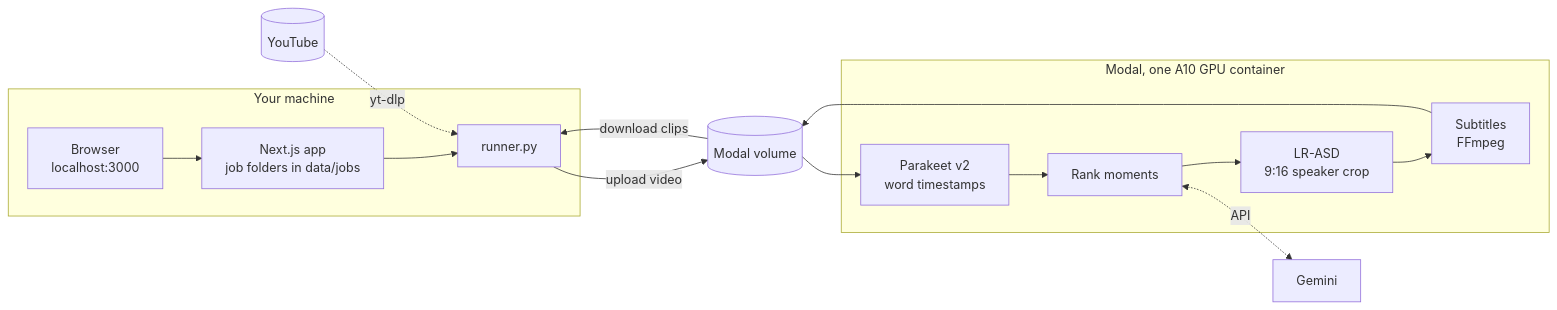
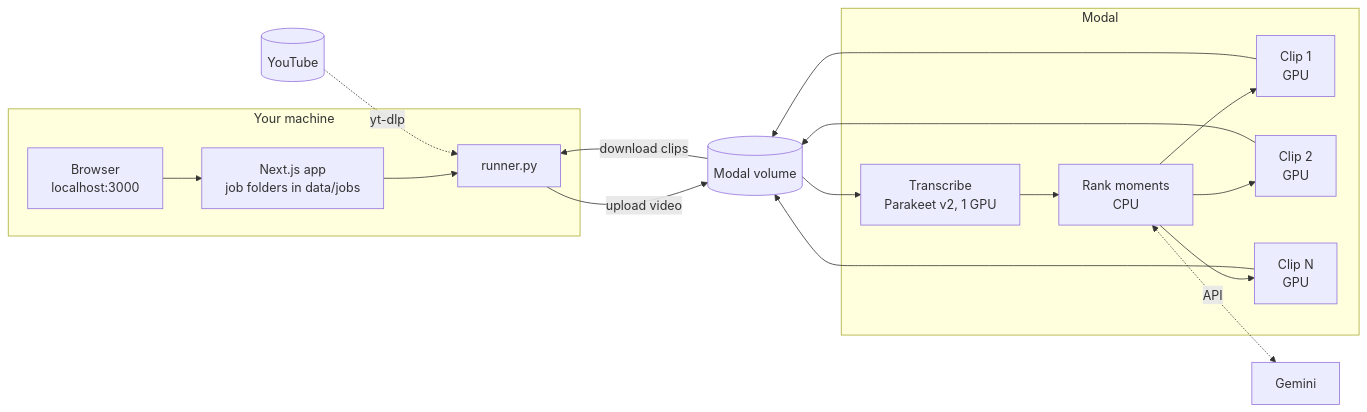
One commit to Akash-Sakala/ai-podcast-clipper changed the diagram in README.md. Above: the diagram before and after it, drawn with Mermaid. The commit also changed other lines of this file and 18 other files, not shown here.

First line of the commit message:
feat(backend): parallel clip rendering, steady speaker crop and flash-frame removal

````diff
--- a/README.md
+++ b/README.md
@@ -21,21 +22,22 @@
 ```mermaid
 flowchart LR
     subgraph laptop["Your machine"]
         ui["Browser<br/>localhost:3000"] --> app["Next.js app<br/>job folders in data/jobs"]
         app --> runner["runner.py"]
     end
 
     yt[("YouTube")] -. "yt-dlp" .-> runner
     runner -- "upload video" --> vol[("Modal volume")]
 
-    subgraph gpu["Modal, one A10 GPU container"]
-        asr["Parakeet v2<br/>word timestamps"] --> rank["Rank moments"]
-        rank --> crop["LR-ASD<br/>9:16 speaker crop"]
-        crop --> subs["Subtitles<br/>FFmpeg"]
+    subgraph modal["Modal"]
+        asr["Transcribe<br/>Parakeet v2, 1 GPU"] --> rank["Rank moments<br/>CPU"]
+        rank --> r1["Clip 1<br/>GPU"]
+        rank --> r2["Clip 2<br/>GPU"]
+        rank --> rn["Clip N<br/>GPU"]
     end
 
     vol --> asr
     rank <-. "API" .-> gemini["Gemini"]
-    subs --> vol
+    r1 & r2 & rn --> vol
     vol -- "download clips" --> runner
 ```
````
